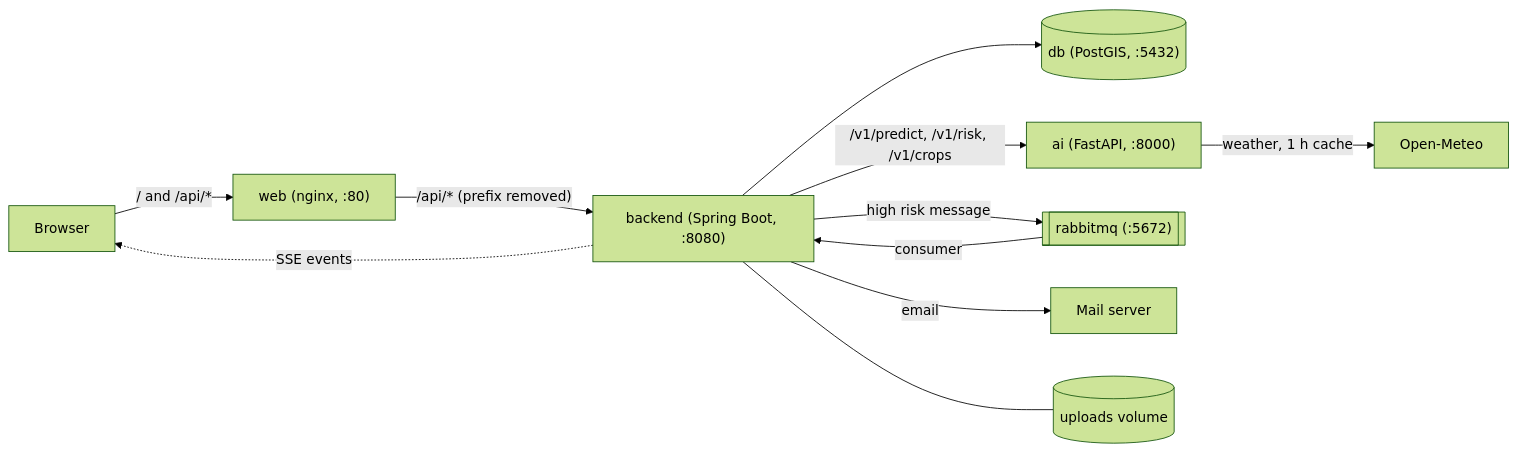
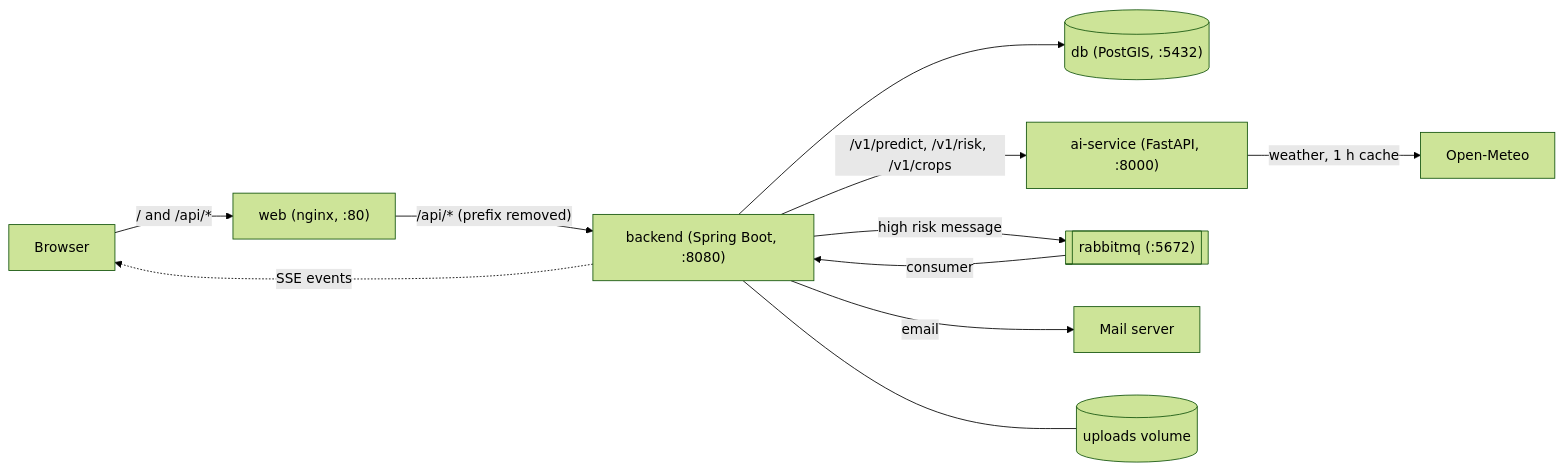
The diagram in docs/architecture/overview.md (dariusturcu22/rootine), drawn with Mermaid (forest theme) before and after one commit. The commit also changed other lines of this file and 63 other files, not shown here.

````diff
--- a/docs/architecture/overview.md
+++ b/docs/architecture/overview.md
@@ -37,13 +37,13 @@
 ```mermaid
 flowchart LR
     Browser -->|"/ and /api/*"| Web["web (nginx, :80)"]
     Web -->|"/api/* (prefix removed)"| Backend["backend (Spring Boot, :8080)"]
     Backend --> DB[("db (PostGIS, :5432)")]
-    Backend -->|"/v1/predict, /v1/risk, /v1/crops"| AI["ai (FastAPI, :8000)"]
+    Backend -->|"/v1/predict, /v1/risk, /v1/crops"| AI["ai-service (FastAPI, :8000)"]
     Backend -->|"high risk message"| MQ[["rabbitmq (:5672)"]]
     MQ -->|consumer| Backend
     Backend -->|email| SMTP[Mail server]
     Backend -.->|SSE events| Browser
     AI -->|weather, 1 h cache| Meteo[Open-Meteo]
     Backend --- Uploads[("uploads volume")]
 ```
````
